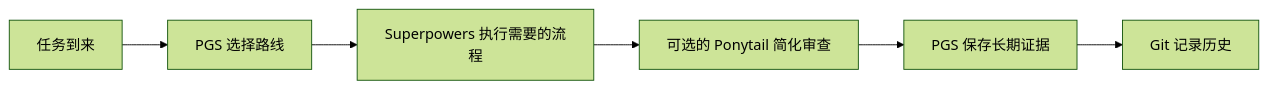
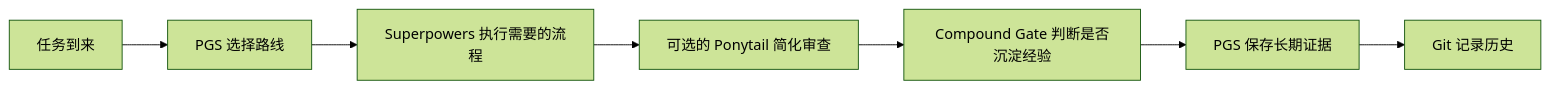
The first of 2 diagrams in README.zh-CN.md (PieAIStudio/ProjectGovernanceSystem), drawn with Mermaid (forest theme) before and after one commit. The commit also changed other lines of this file and 11 other files, not shown here.

First line of the commit message:
Align public docs with Compound Gate

````diff
--- a/README.zh-CN.md
+++ b/README.zh-CN.md
@@ -59,8 +61,9 @@
 ```mermaid
 flowchart LR
   A["任务到来"] --> B["PGS 选择路线"]
   B --> C["Superpowers 执行需要的流程"]
   C --> D["可选的 Ponytail 简化审查"]
-  D --> E["PGS 保存长期证据"]
-  E --> F["Git 记录历史"]
+  D --> E["Compound Gate 判断是否沉淀经验"]
+  E --> F["PGS 保存长期证据"]
+  F --> G["Git 记录历史"]
 ```
````
